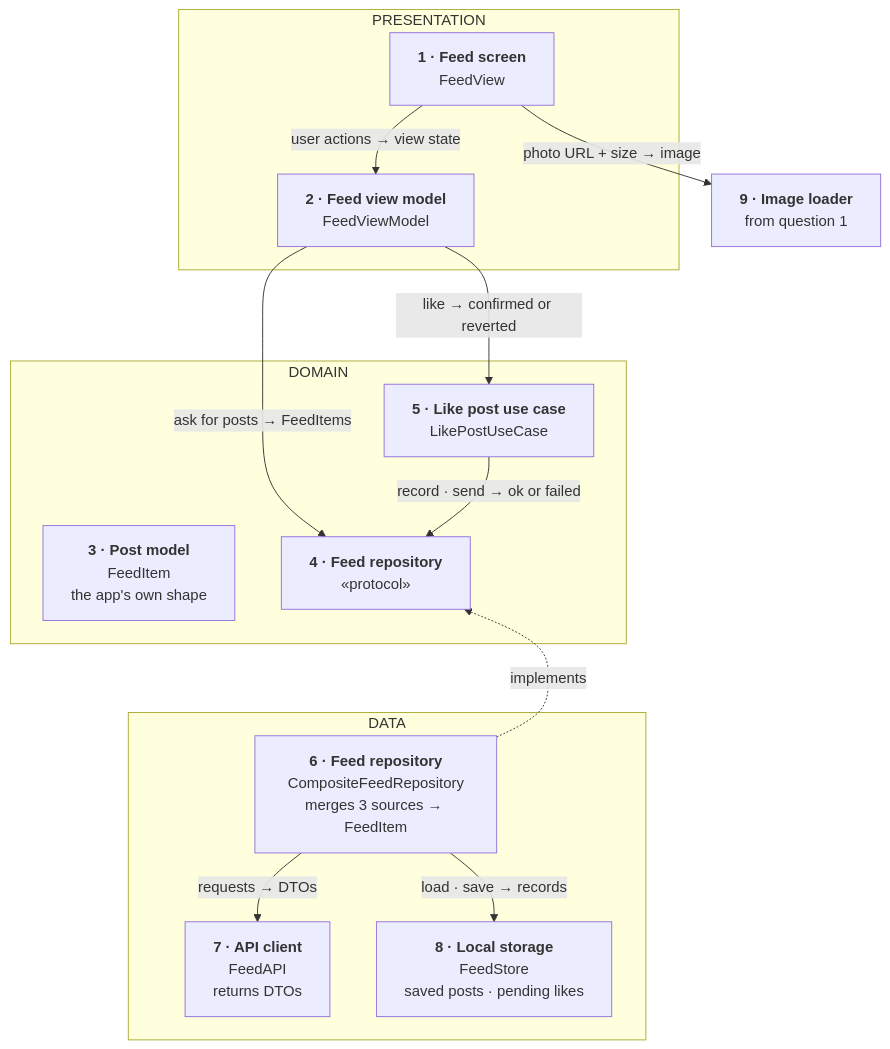
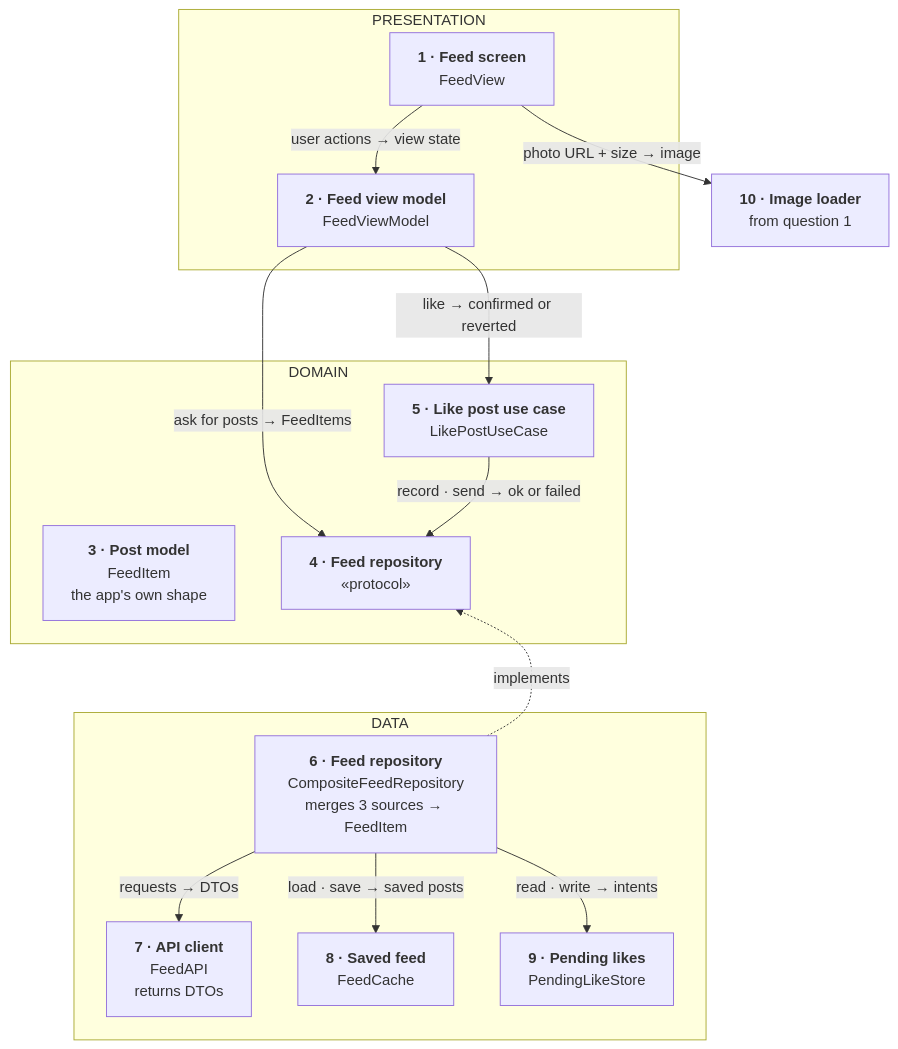
Before and after one commit to rezabina86/reference-desk: the first of 5 diagrams in topics/system-design/02-infinite-photo-feed.md, drawn with Mermaid. The commit also changed other lines of this file and 6 other files, not shown here.

````diff
--- a/topics/system-design/02-infinite-photo-feed.md
+++ b/topics/system-design/02-infinite-photo-feed.md
@@ -143,43 +146,45 @@
 ```mermaid
 flowchart TB
   subgraph P["PRESENTATION"]
     View["`**1 · Feed screen**
 FeedView`"] -- "user actions → view state" --> VM["`**2 · Feed view model**
 FeedViewModel`"]
   end
   subgraph D["DOMAIN"]
     Item["`**3 · Post model**
 FeedItem
 the app's own shape`"]
     Repo["`**4 · Feed repository**
 «protocol»`"]
     Like["`**5 · Like post use case**
 LikePostUseCase`"]
   end
   subgraph DA["DATA"]
     Impl["`**6 · Feed repository**
 CompositeFeedRepository
 merges 3 sources → FeedItem`"]
     API["`**7 · API client**
 FeedAPI
 returns DTOs`"]
-    Store["`**8 · Local storage**
-FeedStore
-saved posts · pending likes`"]
+    Cache["`**8 · Saved feed**
+FeedCache`"]
+    Pending["`**9 · Pending likes**
+PendingLikeStore`"]
   end
-  Pipe["`**9 · Image loader**
+  Pipe["`**10 · Image loader**
 from question 1`"]
   VM -- "ask for posts → FeedItems" --> Repo
   VM -- "like → confirmed or reverted" --> Like
   Like -- "record · send → ok or failed" --> Repo
   Repo ~~~ Impl
   Impl -. "implements" .-> Repo
   Impl -- "requests → DTOs" --> API
-  Impl -- "load · save → records" --> Store
+  Impl -- "load · save → saved posts" --> Cache
+  Impl -- "read · write → intents" --> Pending
   View -- "photo URL + size → image" --> Pipe
   class View,VM pres
   class Item,Repo,Like dom
-  class Impl,Store data
+  class Impl,Cache,Pending data
   class API net
   class Pipe reuse
 ```
````
